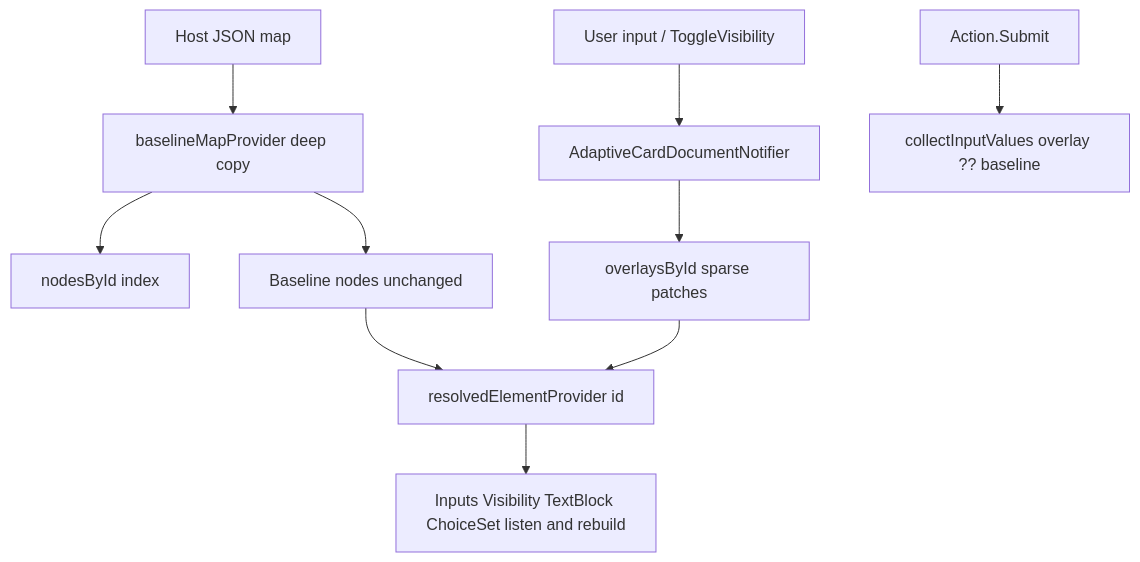
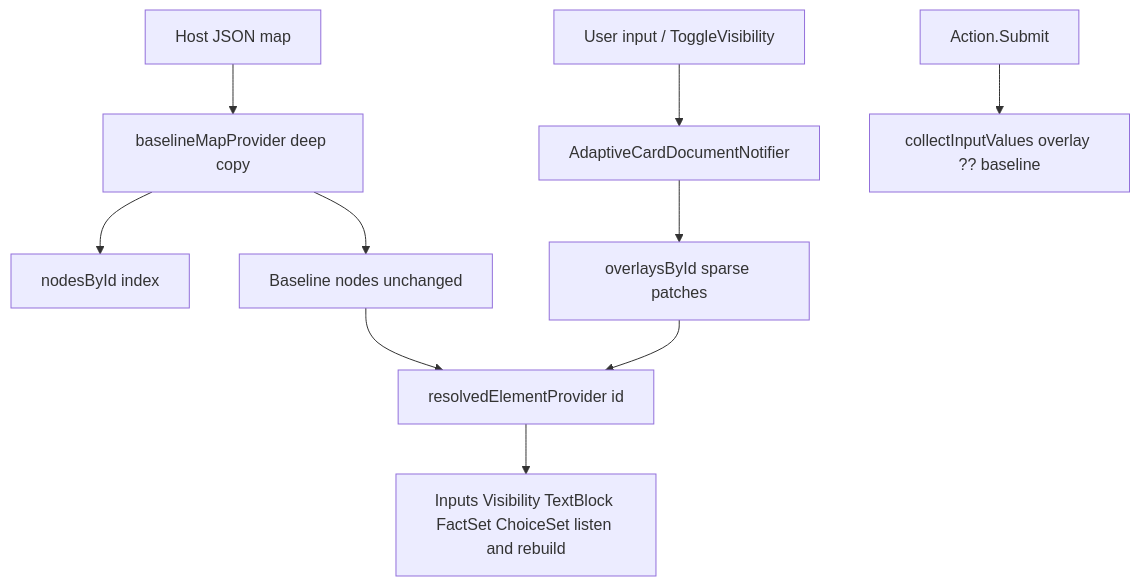
The third of 3 diagrams in docs/reactive-riverpod.md (freemansoft/Flutter-AdaptiveCards), drawn with Mermaid before and after one commit. The commit also changed other lines of this file and 19 other files, not shown here.

````diff
--- a/docs/reactive-riverpod.md
+++ b/docs/reactive-riverpod.md
@@ -208,15 +212,15 @@
 ```mermaid
 flowchart TB
   hostMap[Host JSON map] --> deepCopy[baselineMapProvider deep copy]
   deepCopy --> index[nodesById index]
   deepCopy --> baselineNodes[Baseline nodes unchanged]
 
   userEdit[User input / ToggleVisibility] --> notifier[AdaptiveCardDocumentNotifier]
   notifier --> overlays[overlaysById sparse patches]
 
   baselineNodes --> merge[resolvedElementProvider id]
   overlays --> merge
-  merge --> widgets[Inputs Visibility TextBlock ChoiceSet listen and rebuild]
+  merge --> widgets[Inputs Visibility TextBlock FactSet ChoiceSet listen and rebuild]
 
   submit[Action.Submit] --> collect[collectInputValues overlay ?? baseline]
 ```
````
